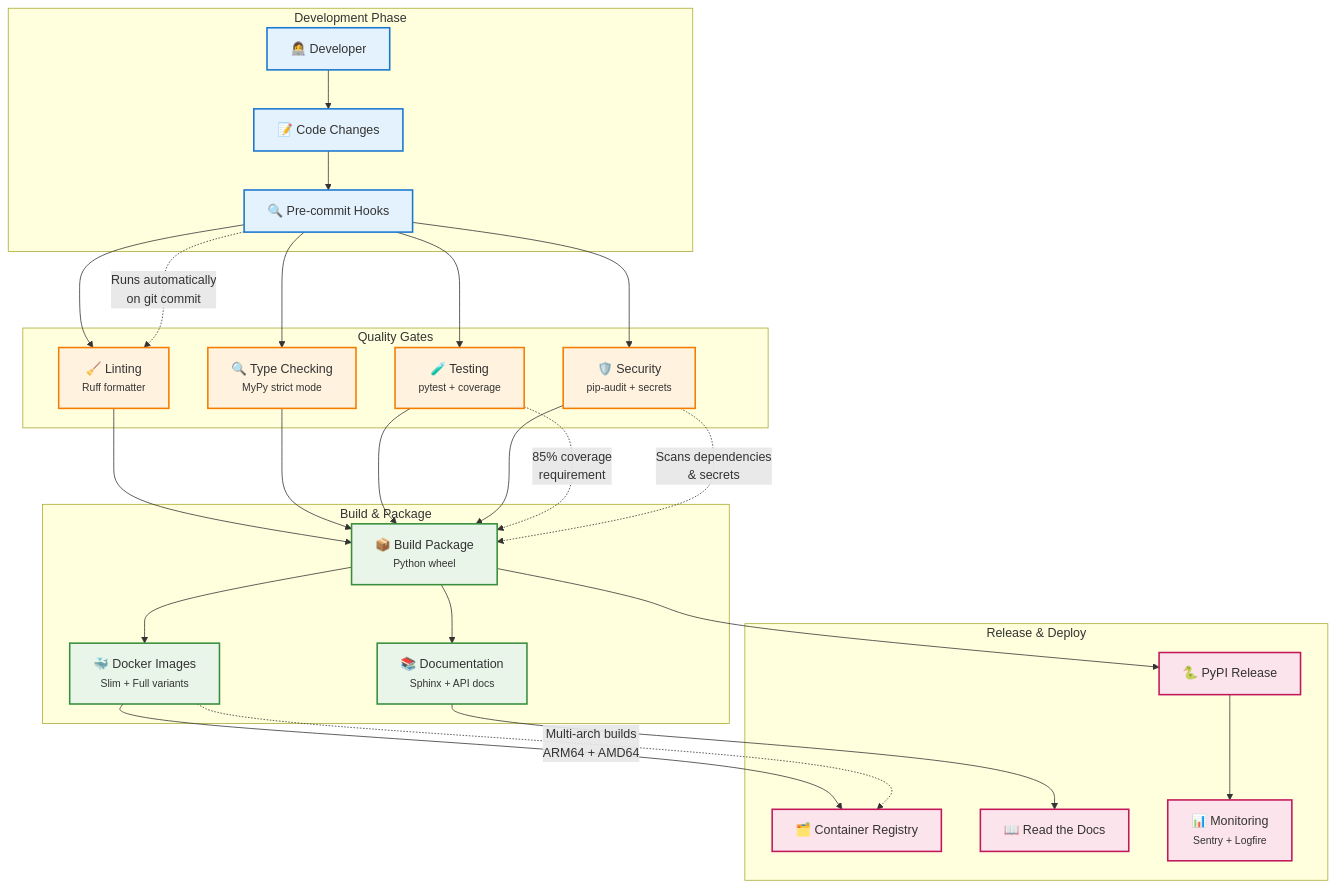
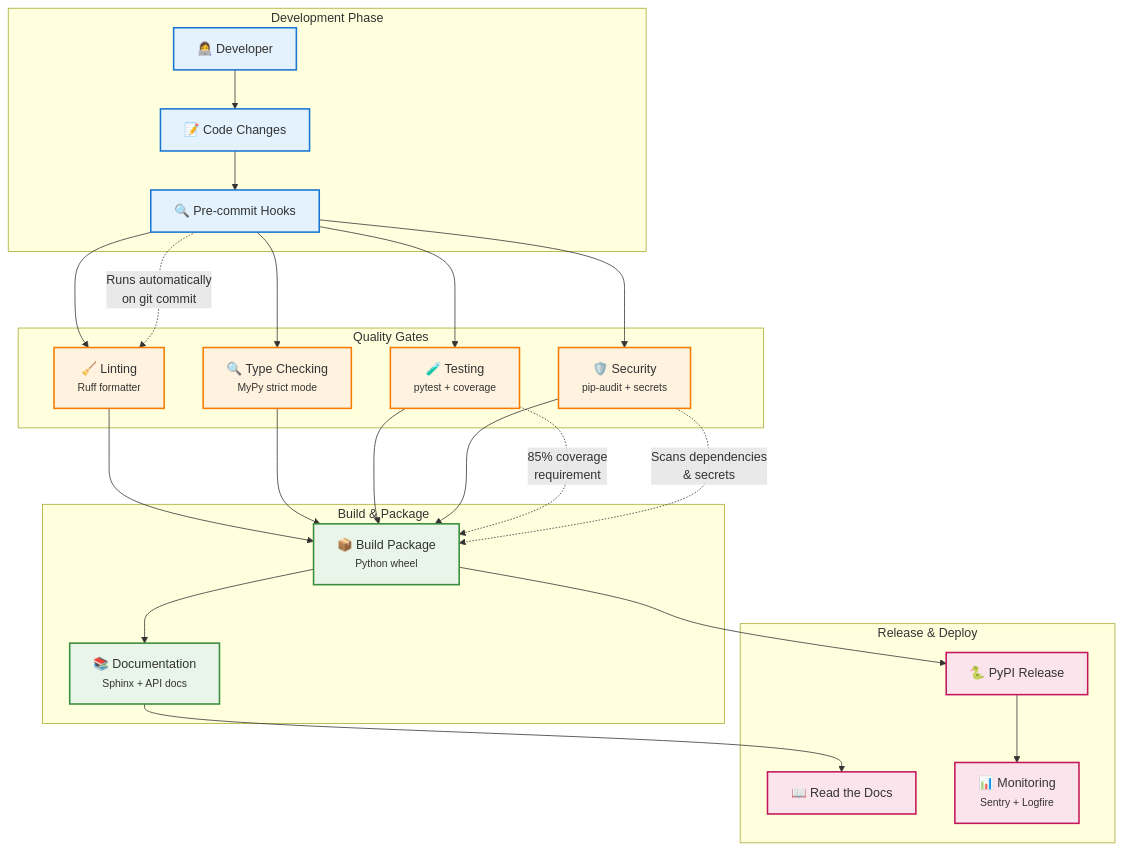
The third of 6 diagrams in SOFTWARE_ARCHITECTURE.md (aignostics/python-sdk), drawn with Mermaid before and after one commit. The commit also changed other lines of this file and 2 other files, not shown here.

Commit message:
docs: remove Docker distribution channel

````diff
--- a/SOFTWARE_ARCHITECTURE.md
+++ b/SOFTWARE_ARCHITECTURE.md
@@ -256,64 +256,59 @@
 ```mermaid
 flowchart TD
     subgraph "Development Phase"
         DEV[👩‍💻 Developer]
         CODE[📝 Code Changes]
         PRECOMMIT[🔍 Pre-commit Hooks]
     end
 
     subgraph "Quality Gates"
         LINT[🧹 Linting<br/><small>Ruff formatter</small>]
         TYPE[🔍 Type Checking<br/><small>MyPy strict mode</small>]
         TEST[🧪 Testing<br/><small>pytest + coverage</small>]
         SEC[🛡️ Security<br/><small>pip-audit + secrets</small>]
     end
 
     subgraph "Build & Package"
         BUILD[📦 Build Package<br/><small>Python wheel</small>]
-        DOCKER[🐳 Docker Images<br/><small>Slim + Full variants</small>]
         DOCS[📚 Documentation<br/><small>Sphinx + API docs</small>]
     end
 
     subgraph "Release & Deploy"
         PYPI[🐍 PyPI Release]
-        REGISTRY[🗂️ Container Registry]
         RTD[📖 Read the Docs]
         MONITOR[📊 Monitoring<br/><small>Sentry + Logfire</small>]
     end
 
     DEV --> CODE
     CODE --> PRECOMMIT
     PRECOMMIT --> LINT
     PRECOMMIT --> TYPE
     PRECOMMIT --> TEST
     PRECOMMIT --> SEC
 
     LINT --> BUILD
     TYPE --> BUILD
     TEST --> BUILD
     SEC --> BUILD
 
-    BUILD --> DOCKER
     BUILD --> DOCS
     BUILD --> PYPI
 
-    DOCKER --> REGISTRY
     DOCS --> RTD
     PYPI --> MONITOR
 
     %% Annotations for clarity
     PRECOMMIT -.->|"Runs automatically<br/>on git commit"| LINT
     TEST -.->|"85% coverage<br/>requirement"| BUILD
     SEC -.->|"Scans dependencies<br/>& secrets"| BUILD
-    DOCKER -.->|"Multi-arch builds<br/>ARM64 + AMD64"| REGISTRY
 
     classDef dev fill:#e3f2fd,stroke:#1976d2,stroke-width:2px
     classDef quality fill:#fff3e0,stroke:#f57c00,stroke-width:2px
     classDef build fill:#e8f5e8,stroke:#388e3c,stroke-width:2px
     classDef deploy fill:#fce4ec,stroke:#c2185b,stroke-width:2px
 
     class DEV,CODE,PRECOMMIT dev
     class LINT,TYPE,TEST,SEC quality
-    class BUILD,DOCKER,DOCS build
-    class PYPI,REGISTRY,RTD,MONITOR deploy
+    class BUILD,DOCS build
+    class PYPI,RTD,MONITOR deploy
 ```
````
